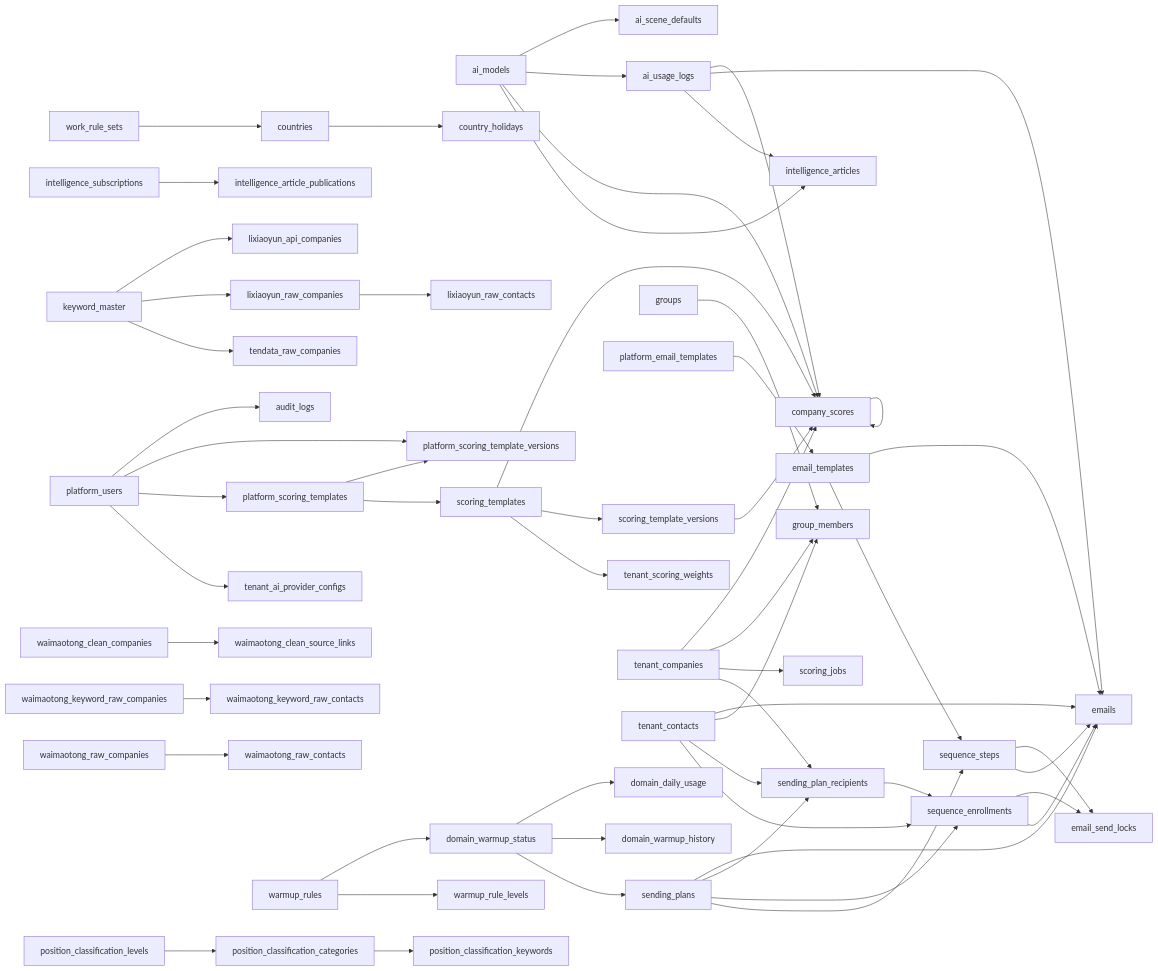
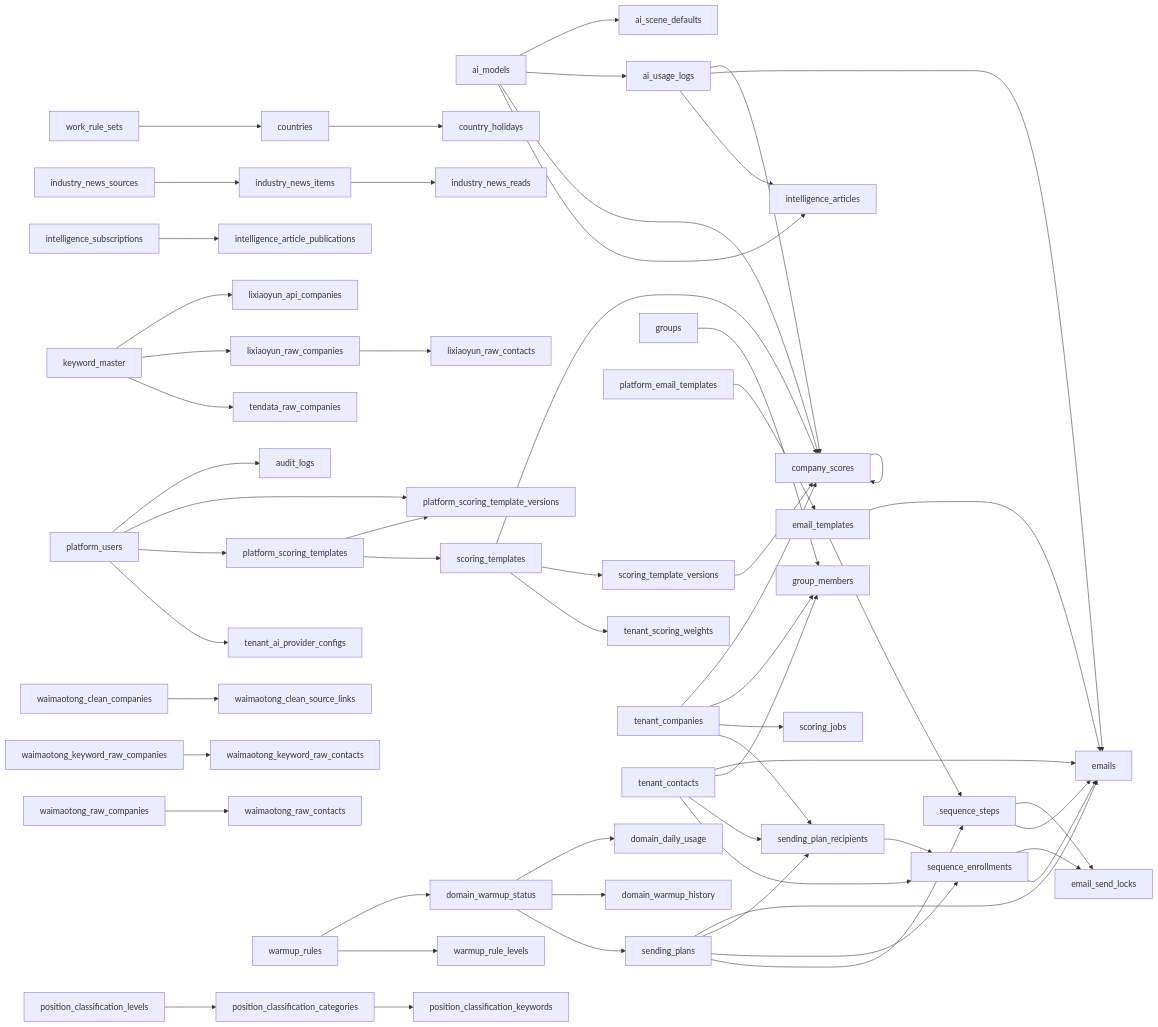
The diagram in docs/database-schema.md (inside-ziwu/client-get), drawn with Mermaid before and after one commit. The commit also changed other lines of this file and 2 other files, not shown here.

First line of the commit message:
运维：2026-08-23 发布后快照同步（迁移 20260824_0001：新增 industry_news 三表）

````diff
--- a/docs/database-schema.md
+++ b/docs/database-schema.md
@@ -1979,59 +2059,61 @@
 ```mermaid
 graph LR
     ai_models --> ai_scene_defaults
     ai_models --> ai_usage_logs
     ai_models --> company_scores
     ai_models --> intelligence_articles
     ai_usage_logs --> company_scores
     ai_usage_logs --> emails
     ai_usage_logs --> intelligence_articles
     company_scores --> company_scores
     countries --> country_holidays
     domain_warmup_status --> domain_daily_usage
     domain_warmup_status --> domain_warmup_history
     domain_warmup_status --> sending_plans
     email_templates --> emails
     email_templates --> sequence_steps
     groups --> group_members
+    industry_news_items --> industry_news_reads
+    industry_news_sources --> industry_news_items
     intelligence_subscriptions --> intelligence_article_publications
     keyword_master --> lixiaoyun_api_companies
     keyword_master --> lixiaoyun_raw_companies
     keyword_master --> tendata_raw_companies
     lixiaoyun_raw_companies --> lixiaoyun_raw_contacts
     platform_email_templates --> email_templates
     platform_scoring_templates --> platform_scoring_template_versions
     platform_scoring_templates --> scoring_templates
     platform_users --> audit_logs
     platform_users --> platform_scoring_template_versions
     platform_users --> platform_scoring_templates
     platform_users --> tenant_ai_provider_configs
     position_classification_categories --> position_classification_keywords
     position_classification_levels --> position_classification_categories
     scoring_template_versions --> company_scores
     scoring_templates --> company_scores
     scoring_templates --> scoring_template_versions
     scoring_templates --> tenant_scoring_weights
     sending_plan_recipients --> sequence_enrollments
     sending_plans --> emails
     sending_plans --> sending_plan_recipients
     sending_plans --> sequence_enrollments
     sending_plans --> sequence_steps
     sequence_enrollments --> email_send_locks
     sequence_enrollments --> emails
     sequence_steps --> email_send_locks
     sequence_steps --> emails
     tenant_companies --> company_scores
     tenant_companies --> group_members
     tenant_companies --> scoring_jobs
     tenant_companies --> sending_plan_recipients
     tenant_contacts --> emails
     tenant_contacts --> group_members
     tenant_contacts --> sending_plan_recipients
     tenant_contacts --> sequence_enrollments
     waimaotong_clean_companies --> waimaotong_clean_source_links
     waimaotong_keyword_raw_companies --> waimaotong_keyword_raw_contacts
     waimaotong_raw_companies --> waimaotong_raw_contacts
     warmup_rules --> domain_warmup_status
     warmup_rules --> warmup_rule_levels
     work_rule_sets --> countries
 ```
````
